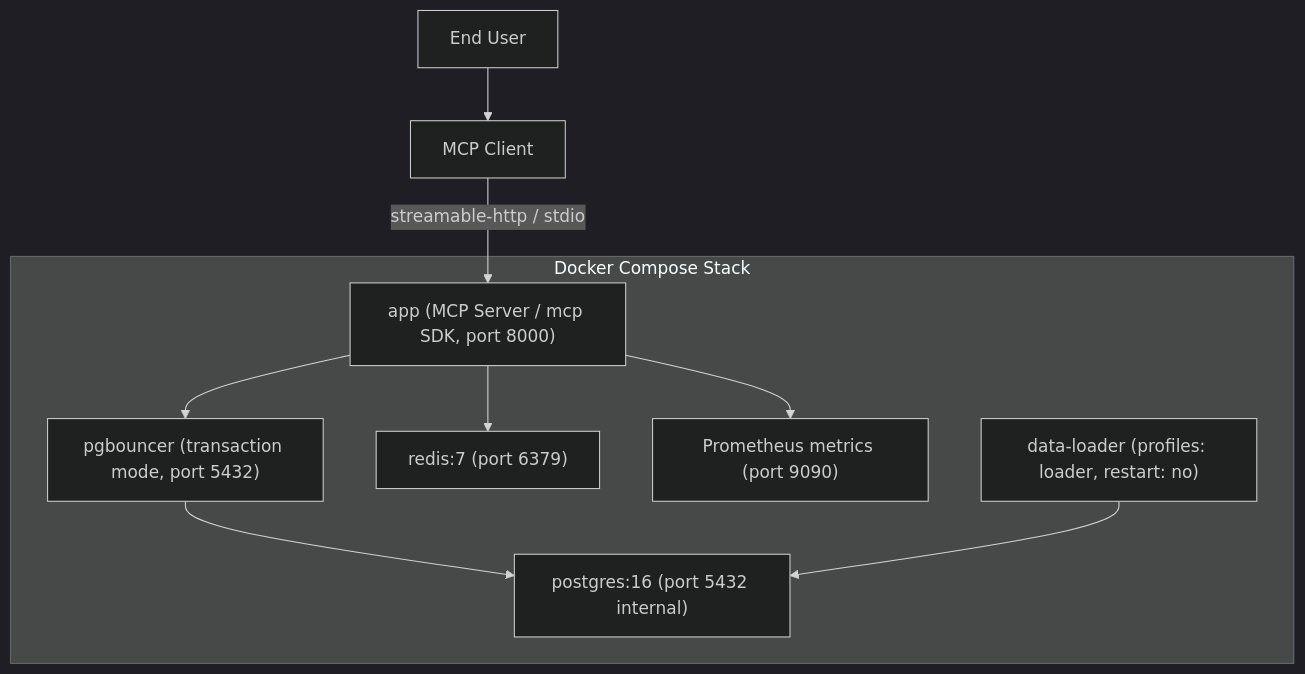
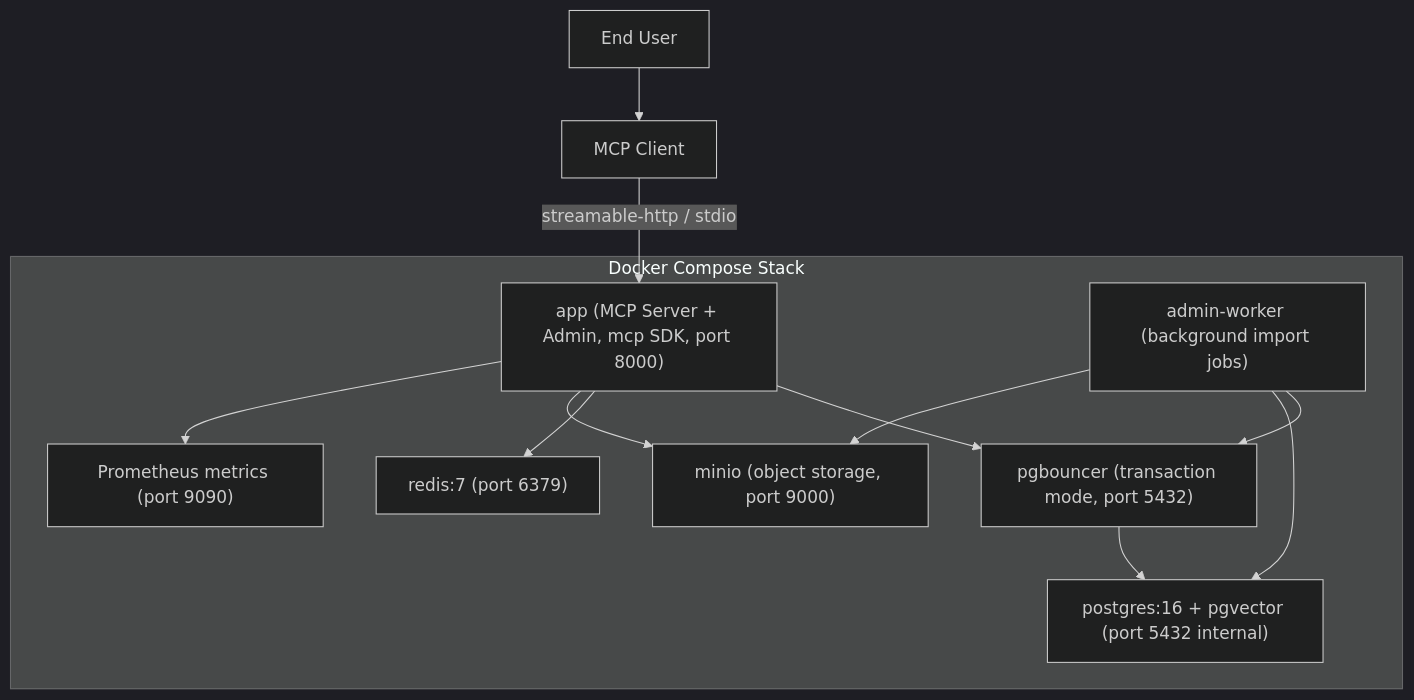
The diagram in docs/architecture/deployment.md (healthymind-tech/Taiwan-Health-MCP), drawn with Mermaid (dark theme) before and after one commit. The commit also changed other lines of this file and 26 other files, not shown here.

First line of the commit message:
refactor: remove CLI data-loader service; imports go through admin console

````diff
--- a/docs/architecture/deployment.md
+++ b/docs/architecture/deployment.md
@@ -3,19 +3,23 @@
 ```mermaid
 graph TD
     User[End User] --> Client[MCP Client]
 
     subgraph "Docker Compose Stack"
-        Server["app (MCP Server / mcp SDK, port 8000)"]
+        Server["app (MCP Server + Admin, mcp SDK, port 8000)"]
+        Worker["admin-worker (background import jobs)"]
         PGB["pgbouncer (transaction mode, port 5432)"]
-        PG["postgres:16 (port 5432 internal)"]
+        PG["postgres:16 + pgvector (port 5432 internal)"]
         RD["redis:7 (port 6379)"]
+        MN["minio (object storage, port 9000)"]
         PM["Prometheus metrics (port 9090)"]
-        LDR["data-loader (profiles: loader, restart: no)"]
     end
 
     Client -- "streamable-http / stdio" --> Server
     Server --> PGB --> PG
     Server --> RD
+    Server --> MN
     Server --> PM
-    LDR --> PG
+    Worker --> PGB
+    Worker --> PG
+    Worker --> MN
 ```
````
